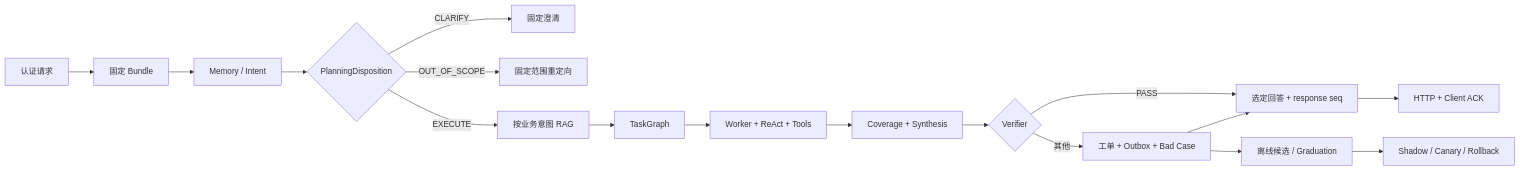
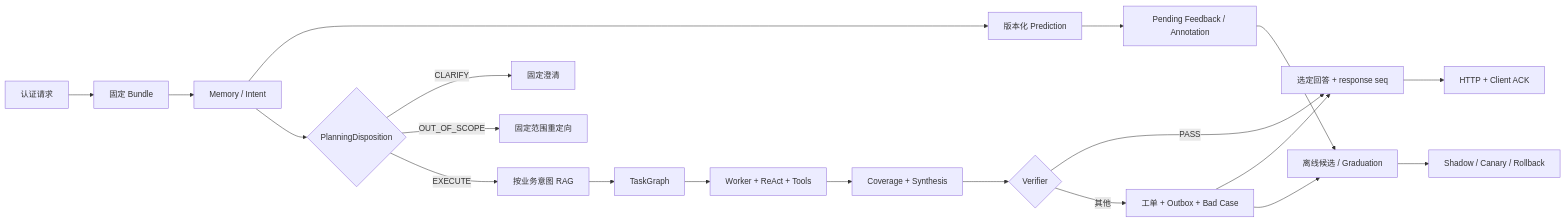
The diagram in docs/project-pitch.md (Garrulus21yyx/DialogPilot), drawn with Mermaid before and after one commit. The commit also changed other lines of this file and 20 other files, not shown here.

````diff
--- a/docs/project-pitch.md
+++ b/docs/project-pitch.md
@@ -49,19 +51,22 @@
 ```mermaid
 flowchart LR
     A[认证请求] --> B[固定 Bundle]
     B --> C[Memory / Intent]
+    C --> V[版本化 Prediction]
     C --> P{PlanningDisposition}
     P -->|CLARIFY| Q[固定澄清]
     P -->|OUT_OF_SCOPE| O[固定范围重定向]
     P -->|EXECUTE| R[按业务意图 RAG]
     R --> D[TaskGraph]
     D --> E[Worker + ReAct + Tools]
     E --> F[Coverage + Synthesis]
     F --> G{Verifier}
     G -->|PASS| H[选定回答 + response seq]
     G -->|其他| I[工单 + Outbox + Bad Case]
     H --> A1[HTTP + Client ACK]
     I --> H
     I --> J[离线候选 / Graduation]
+    V --> L[Pending Feedback / Annotation]
+    L --> J
     J --> K[Shadow / Canary / Rollback]
 ```
````
